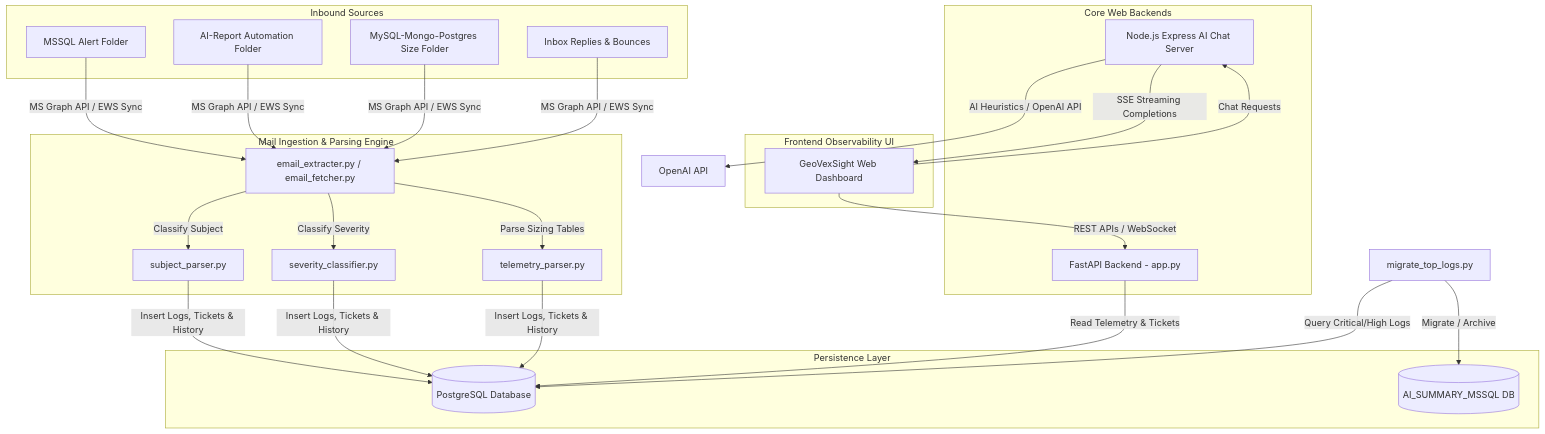
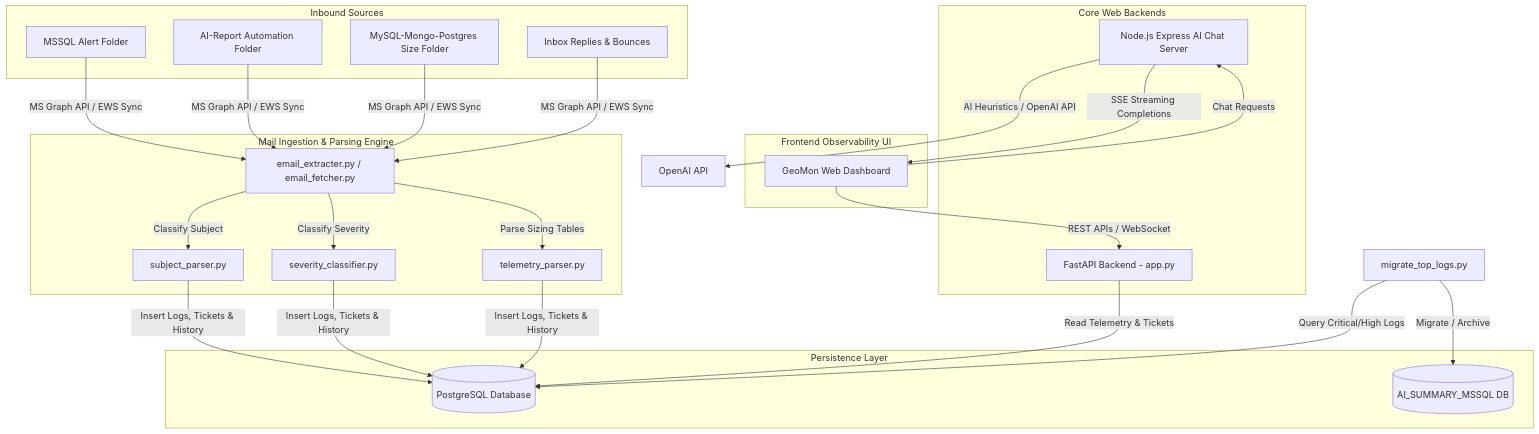
Before and after one commit to sanjay-geopits/testing: the diagram in PROJECT_DOCUMENTATION.md, drawn with Mermaid. The commit also changed other lines of this file and 58 other files, not shown here.

Commit message:
Rebrand to GeoMon, fix layout tags, optimize service manager script and static build

````diff
--- a/PROJECT_DOCUMENTATION.md
+++ b/PROJECT_DOCUMENTATION.md
@@ -11,52 +11,52 @@
 ```mermaid
 graph TD
     subgraph Inbound Sources
         E1[MSSQL Alert Folder]
         E2[AI-Report Automation Folder]
         E3[MySQL-Mongo-Postgres Size Folder]
         E4[Inbox Replies & Bounces]
     end
 
     subgraph Mail Ingestion & Parsing Engine
         EE[email_extracter.py / email_fetcher.py]
         SP[subject_parser.py]
         SC[severity_classifier.py]
         TP[telemetry_parser.py]
     end
 
     subgraph Persistence Layer
         DB[(PostgreSQL Database)]
         TS[(AI_SUMMARY_MSSQL DB)]
     end
 
     subgraph Core Web Backends
         FA[FastAPI Backend - app.py]
         NB[Node.js Express AI Chat Server]
     end
 
     subgraph Frontend Observability UI
-        UI[GeoVexSight Web Dashboard]
+        UI[GeoMon Web Dashboard]
     end
 
     %% Email Flows
     E1 & E2 & E3 & E4 -->|MS Graph API / EWS Sync| EE
     EE -->|Classify Subject| SP
     EE -->|Classify Severity| SC
     EE -->|Parse Sizing Tables| TP
     
     %% Ingestion to DB
     SP & SC & TP -->|Insert Logs, Tickets & History| DB
     
     %% UI & APIs
     FA -->|Read Telemetry & Tickets| DB
     UI -->|REST APIs / WebSocket| FA
     
     %% Chat Bot
     UI -->|Chat Requests| NB
     NB -->|SSE Streaming Completions| UI
     NB -->|AI Heuristics / OpenAI API| OpenAI[OpenAI API]
 
     %% Migration Worker
     MIG[migrate_top_logs.py] -->|Query Critical/High Logs| DB
     MIG -->|Migrate / Archive| TS
 ```
````
